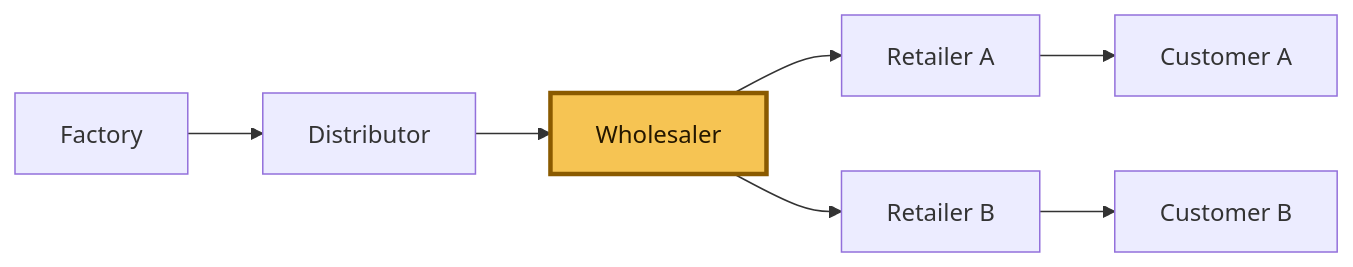
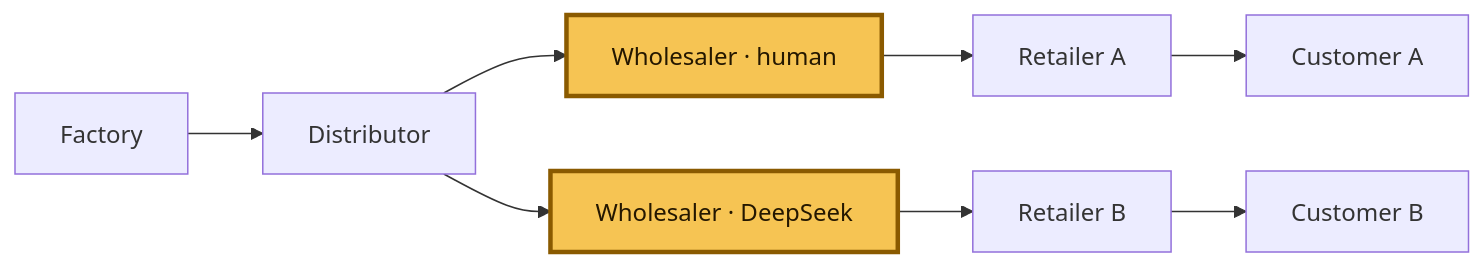
The diagram in README.md (ConstantinVictorBeatErtel/Supply_Chain_Bench), drawn with Mermaid before and after one commit. The commit also changed other lines of this file, not shown here.

Commit message:
Clarify dual wholesaler comparison graphic

````diff
--- a/README.md
+++ b/README.md
@@ -13,9 +13,11 @@
 ```mermaid
 flowchart LR
-    F[Factory] --> D[Distributor] --> W[Wholesaler]
-    W --> RA[Retailer A] --> CA[Customer A]
-    W --> RB[Retailer B] --> CB[Customer B]
+    F[Factory] --> D[Distributor]
+    D --> H[Wholesaler · human]
+    D --> L[Wholesaler · DeepSeek]
+    H --> RA[Retailer A] --> CA[Customer A]
+    L --> RB[Retailer B] --> CB[Customer B]
 
     classDef focus fill:#f6c453,stroke:#8a5a00,stroke-width:3px,color:#241700;
-    class W focus;
+    class H,L focus;
 ```
````
